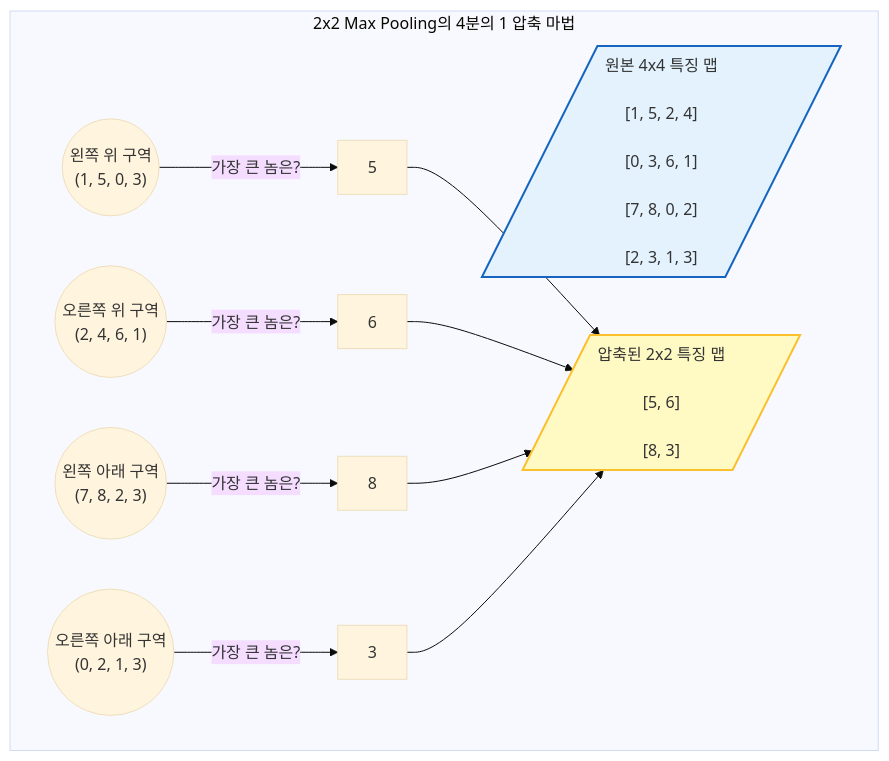
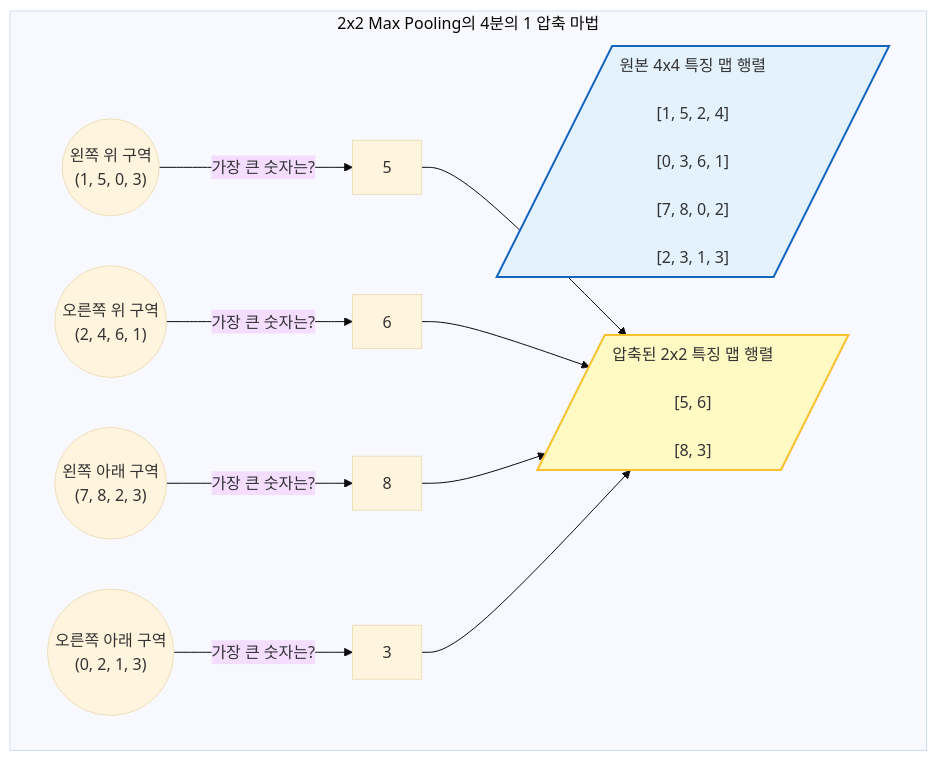
One commit to shinwokkang/Deep-Learning-with-TensorFlow-Keras-and-PyTorch changed the third of 3 diagrams in Lesson 4_ Convolutional Neural Networks/04_1_Convolutional_Layers.md. Above: the diagram before and after it, drawn with Mermaid (base theme). The commit also changed other lines of this file, not shown here.

Commit message:
docs: Deepen explanations for matrices, Conv, Filter, Output in Lesson 4.1

````diff
--- a/Lesson 4_ Convolutional Neural Networks/04_1_Convolutional_Layers.md
+++ b/Lesson 4_ Convolutional Neural Networks/04_1_Convolutional_Layers.md
@@ -134,23 +163,23 @@
 ```mermaid
 flowchart TD
     subgraph SG_Max_Pooling ["2x2 Max Pooling의 4분의 1 압축 마법"]
     direction LR
-    Input[/"원본 4x4 특징 맵<br>
+    Input[/"원본 4x4 특징 맵 행렬<br>
     [1, 5, 2, 4]<br>
     [0, 3, 6, 1]<br>
     [7, 8, 0, 2]<br>
     [2, 3, 1, 3]"/] 
     
-    Filter1(("왼쪽 위 구역<br>(1, 5, 0, 3)")) --> |"가장 큰 놈은?"| Out1["5"]
-    Filter2(("오른쪽 위 구역<br>(2, 4, 6, 1)")) --> |"가장 큰 놈은?"| Out2["6"]
-    Filter3(("왼쪽 아래 구역<br>(7, 8, 2, 3)")) --> |"가장 큰 놈은?"| Out3["8"]
-    Filter4(("오른쪽 아래 구역<br>(0, 2, 1, 3)")) --> |"가장 큰 놈은?"| Out4["3"]
+    Filter1(("왼쪽 위 구역<br>(1, 5, 0, 3)")) --> |"가장 큰 숫자는?"| Out1["5"]
+    Filter2(("오른쪽 위 구역<br>(2, 4, 6, 1)")) --> |"가장 큰 숫자는?"| Out2["6"]
+    Filter3(("왼쪽 아래 구역<br>(7, 8, 2, 3)")) --> |"가장 큰 숫자는?"| Out3["8"]
+    Filter4(("오른쪽 아래 구역<br>(0, 2, 1, 3)")) --> |"가장 큰 숫자는?"| Out4["3"]
     
-    Out1 & Out2 & Out3 & Out4 --> Output[/"압축된 2x2 특징 맵<br>
+    Out1 & Out2 & Out3 & Out4 --> Output[/"압축된 2x2 특징 맵 행렬<br>
     [5, 6]<br>
     [8, 3]"/]
     end
     
     style Input fill:#e3f2fd,stroke:#1565c0,stroke-width:2px
     style Output fill:#fff9c4,stroke:#fbc02d,stroke-width:2px
 ```
````
